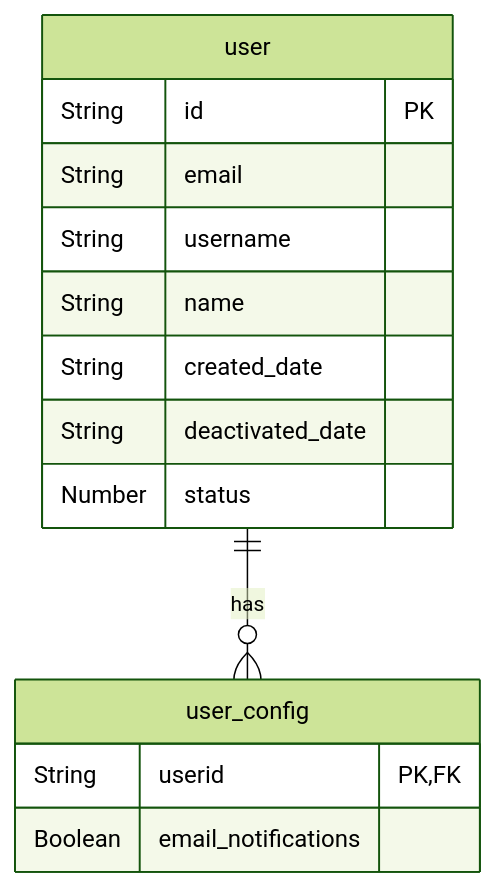
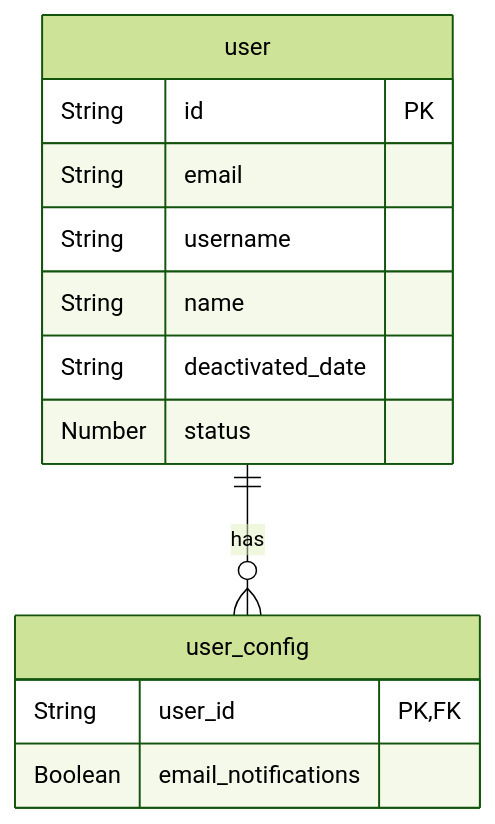
One commit to yayfalafels/mcfpipe changed the second of 4 diagrams in docs/data_model.md. Above: the diagram before and after it, drawn with Mermaid (forest theme). The commit also changed other lines of this file and 15 other files, not shown here.

````diff
--- a/docs/data_model.md
+++ b/docs/data_model.md
@@ -90,19 +122,18 @@
 ```mermaid
 erDiagram
     user {
         String id PK
         String email
         String username
         String name
-        String created_date
         String deactivated_date
         Number status
     }
 
     user_config {
-        String userid PK, FK
+        String user_id PK, FK
         Boolean email_notifications
     }
 
     user ||--o{ user_config : has
 ```
````
